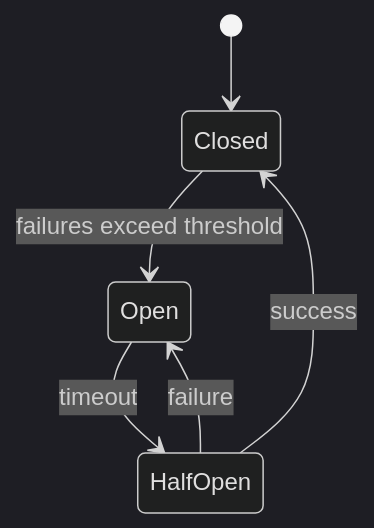
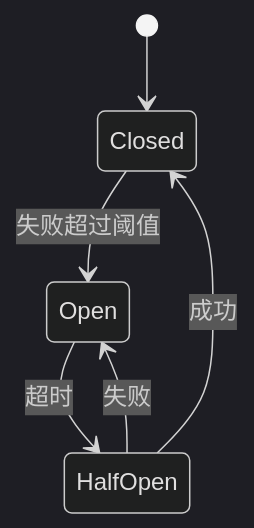
Before and after one commit to Kirky-X/diting: the second of 3 diagrams in references/architecture/microservices-compliance.md, drawn with Mermaid (dark theme). The commit also changed other lines of this file and 74 other files, not shown here.

````diff
--- a/references/architecture/microservices-compliance.md
+++ b/references/architecture/microservices-compliance.md
@@ -176,8 +176,8 @@
 ```mermaid
 stateDiagram-v2
     [*] --> Closed
-    Closed --> Open : failures exceed threshold
-    Open --> HalfOpen : timeout
-    HalfOpen --> Closed : success
-    HalfOpen --> Open : failure
+    Closed --> Open : 失败超过阈值
+    Open --> HalfOpen : 超时
+    HalfOpen --> Closed : 成功
+    HalfOpen --> Open : 失败
 ```
````
